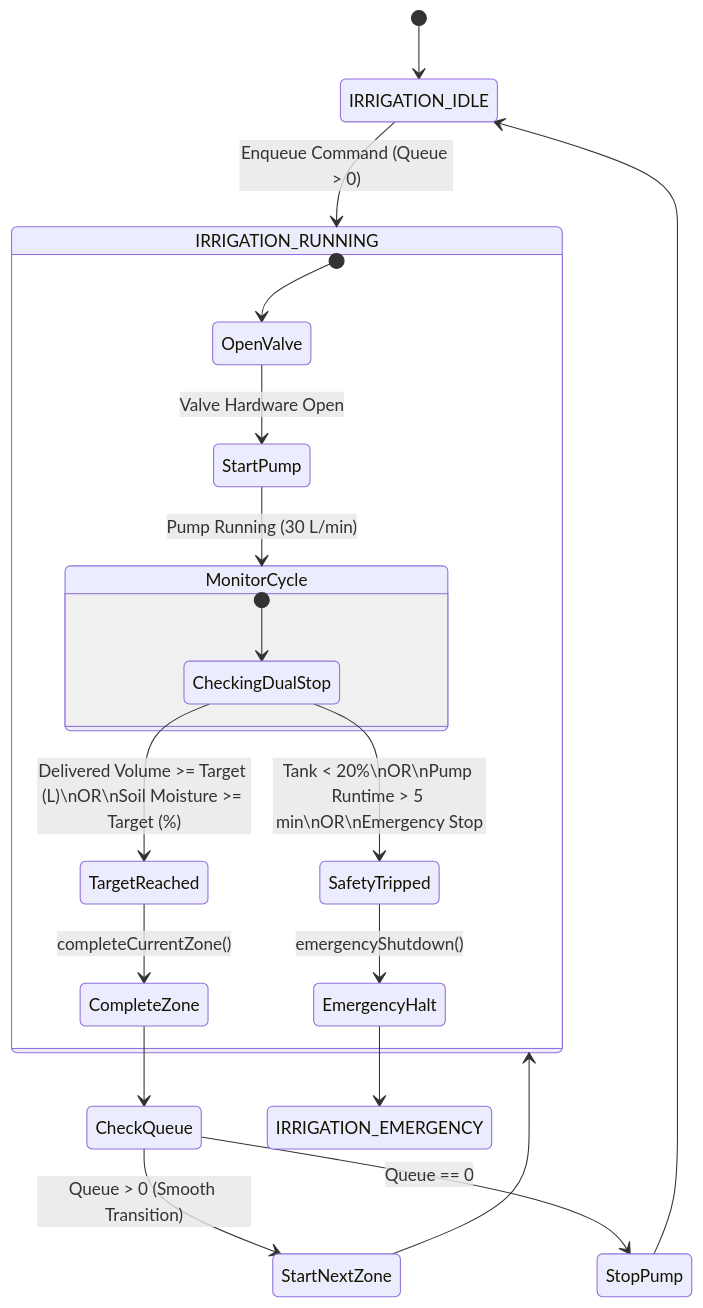
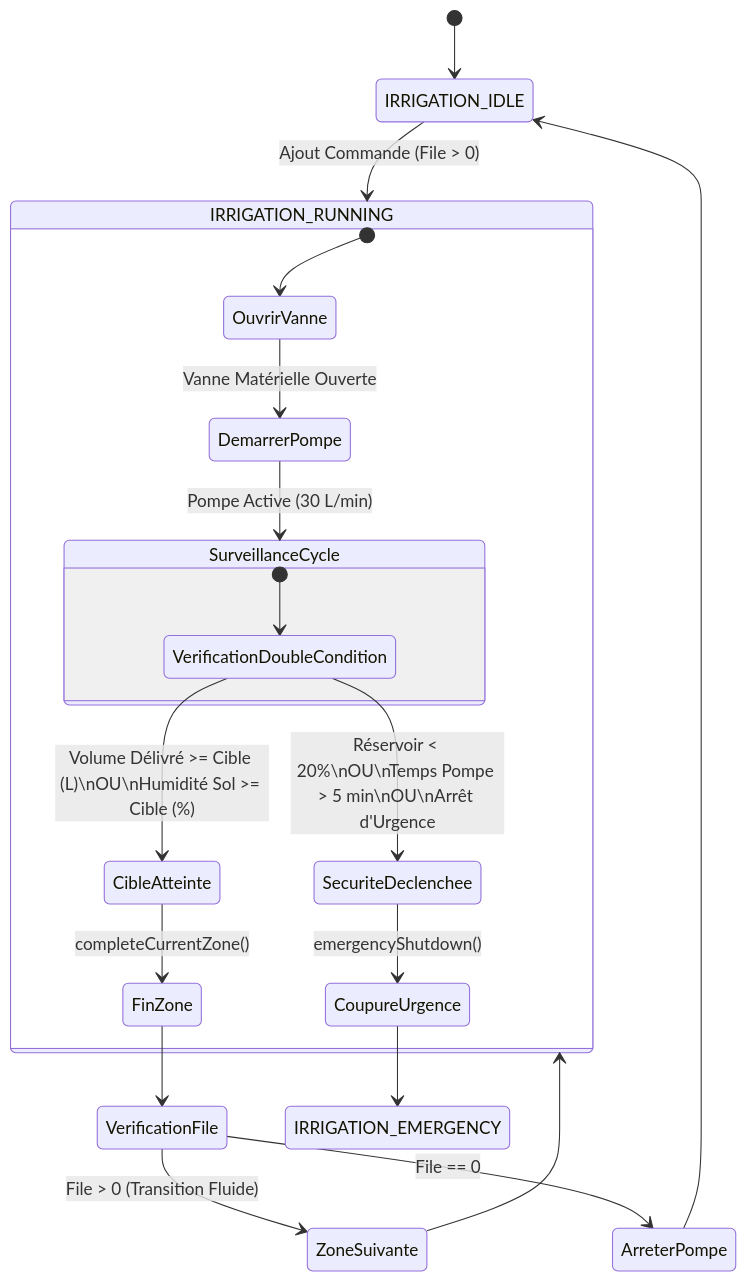
The second of 6 diagrams in README.md (Musta2023/Hydrivia), drawn with Mermaid before and after one commit. The commit also changed other lines of this file and 1 other file, not shown here.

````diff
--- a/README.md
+++ b/README.md
@@ -330,30 +330,30 @@
 ```mermaid
 stateDiagram-v2
     [*] --> IRRIGATION_IDLE
 
-    IRRIGATION_IDLE --> IRRIGATION_RUNNING : Enqueue Command (Queue > 0)
+    IRRIGATION_IDLE --> IRRIGATION_RUNNING : Ajout Commande (File > 0)
     
     state IRRIGATION_RUNNING {
-        [*] --> OpenValve
-        OpenValve --> StartPump : Valve Hardware Open
-        StartPump --> MonitorCycle : Pump Running (30 L/min)
+        [*] --> OuvrirVanne
+        OuvrirVanne --> DemarrerPompe : Vanne Matérielle Ouverte
+        DemarrerPompe --> SurveillanceCycle : Pompe Active (30 L/min)
         
-        state MonitorCycle {
-            [*] --> CheckingDualStop
-            CheckingDualStop --> TargetReached : Delivered Volume >= Target (L)\nOR\nSoil Moisture >= Target (%)
-            CheckingDualStop --> SafetyTripped : Tank < 20%\nOR\nPump Runtime > 5 min\nOR\nEmergency Stop
+        state SurveillanceCycle {
+            [*] --> VerificationDoubleCondition
+            VerificationDoubleCondition --> CibleAtteinte : Volume Délivré >= Cible (L)\nOU\nHumidité Sol >= Cible (%)
+            VerificationDoubleCondition --> SecuriteDeclenchee : Réservoir < 20%\nOU\nTemps Pompe > 5 min\nOU\nArrêt d'Urgence
         }
         
-        TargetReached --> CompleteZone : completeCurrentZone()
-        SafetyTripped --> EmergencyHalt : emergencyShutdown()
+        CibleAtteinte --> FinZone : completeCurrentZone()
+        SecuriteDeclenchee --> CoupureUrgence : emergencyShutdown()
     }
     
-    CompleteZone --> CheckQueue
-    state CheckQueue <<choice>>
-    CheckQueue --> StartNextZone : Queue > 0 (Smooth Transition)
-    StartNextZone --> IRRIGATION_RUNNING
-    CheckQueue --> StopPump : Queue == 0
+    FinZone --> VerificationFile
+    state VerificationFile <<choice>>
+    VerificationFile --> ZoneSuivante : File > 0 (Transition Fluide)
+    ZoneSuivante --> IRRIGATION_RUNNING
+    VerificationFile --> ArreterPompe : File == 0
     
-    StopPump --> IRRIGATION_IDLE
-    EmergencyHalt --> IRRIGATION_EMERGENCY
+    ArreterPompe --> IRRIGATION_IDLE
+    CoupureUrgence --> IRRIGATION_EMERGENCY
 ```
````
